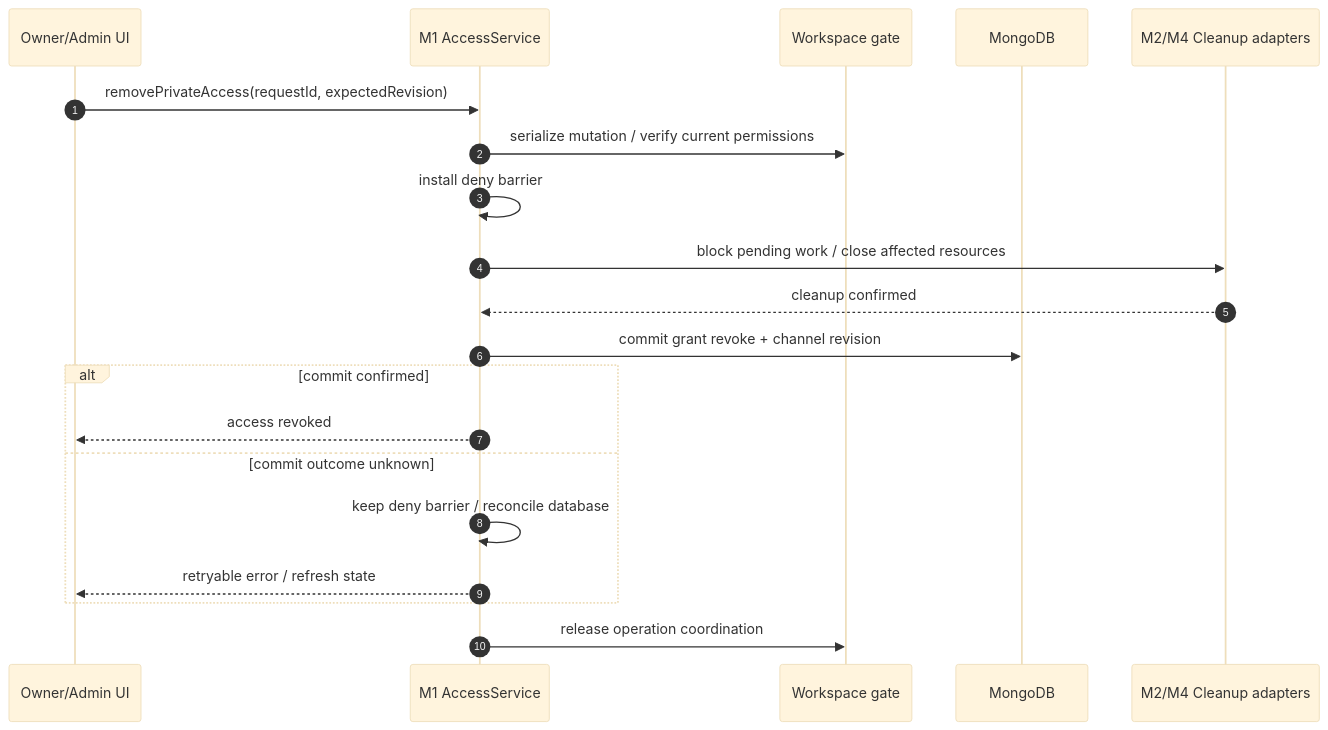
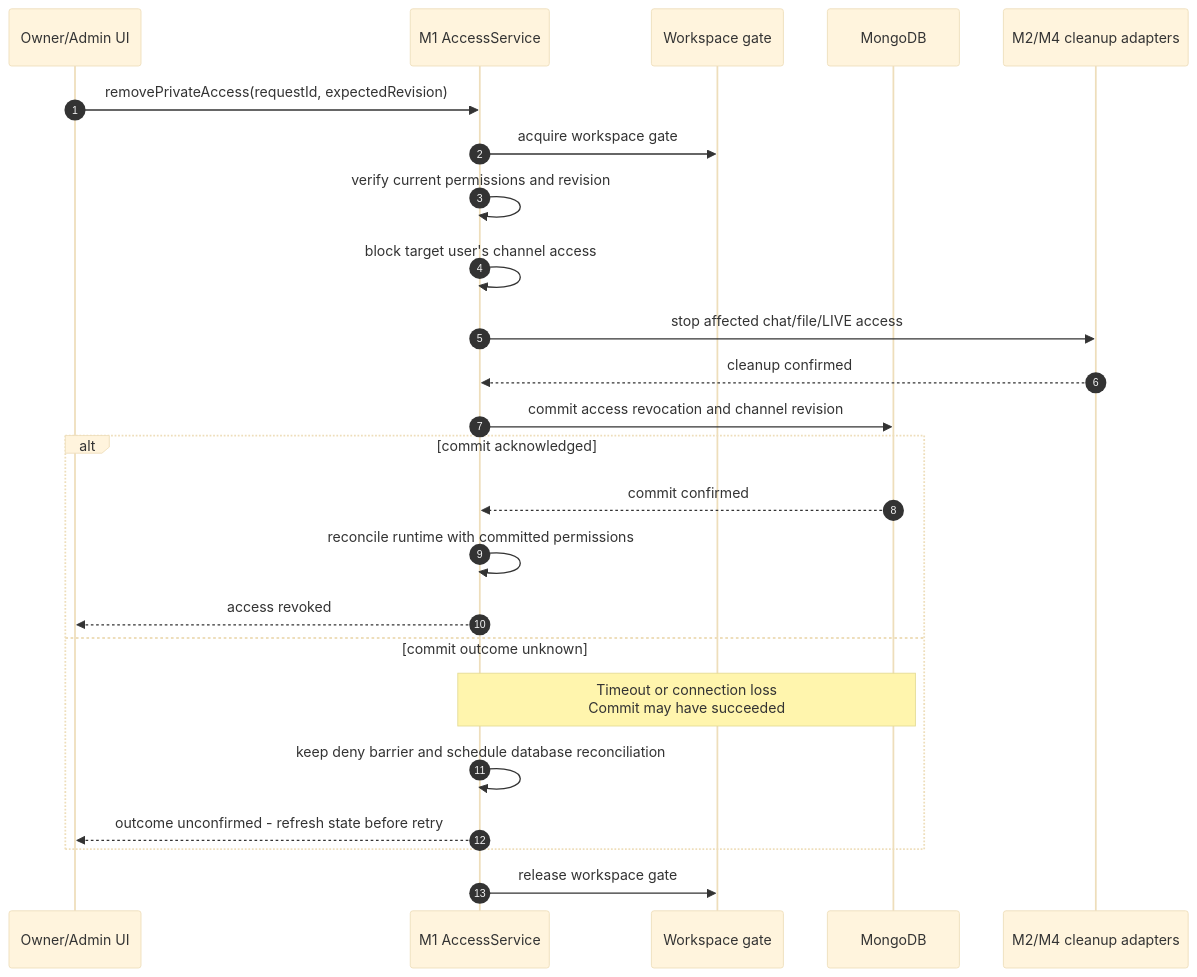
The second of 2 diagrams in docs/proposals/m1-workspace-auth.md (Lightning1507/CoLearnia), drawn with Mermaid (base theme) before and after one commit. The commit also changed other lines of this file, not shown here.

Commit message:
docs(m1): update contracts and clarify access revocation sequence

````diff
--- a/docs/proposals/m1-workspace-auth.md
+++ b/docs/proposals/m1-workspace-auth.md
@@ -239,22 +257,26 @@
 ```mermaid
 sequenceDiagram
   autonumber
   participant U as Owner/Admin UI
   participant A as M1 AccessService
   participant G as Workspace gate
   participant D as MongoDB
-  participant C as M2/M4 Cleanup adapters
+  participant C as M2/M4 cleanup adapters
   U->>A: removePrivateAccess(requestId, expectedRevision)
-  A->>G: serialize mutation / verify current permissions
-  A->>A: install deny barrier
-  A->>C: block pending work / close affected resources
+  A->>G: acquire workspace gate
+  A->>A: verify current permissions and revision
+  A->>A: block target user's channel access
+  A->>C: stop affected chat/file/LIVE access
   C-->>A: cleanup confirmed
-  A->>D: commit grant revoke + channel revision
-  alt commit confirmed
+  A->>D: commit access revocation and channel revision
+  alt commit acknowledged
+    D-->>A: commit confirmed
+    A->>A: reconcile runtime with committed permissions
     A-->>U: access revoked
   else commit outcome unknown
-    A->>A: keep deny barrier / reconcile database
-    A-->>U: retryable error / refresh state
+    Note over A,D: Timeout or connection loss<br/>Commit may have succeeded
+    A->>A: keep deny barrier and schedule database reconciliation
+    A-->>U: outcome unconfirmed - refresh state before retry
   end
-  A->>G: release operation coordination
+  A->>G: release workspace gate
 ```
````
